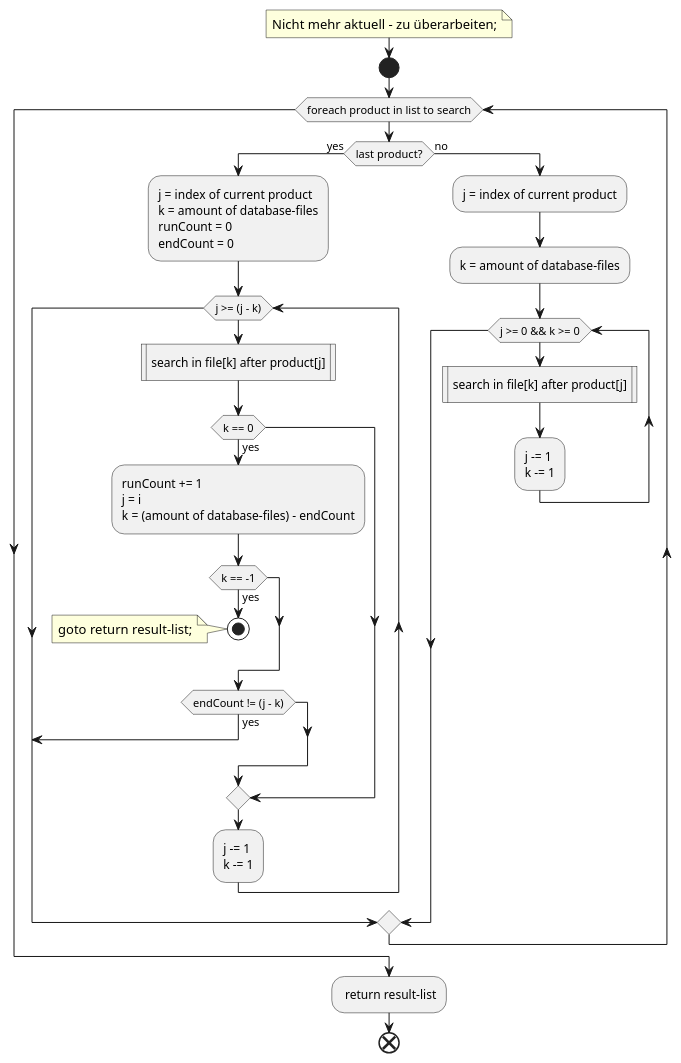
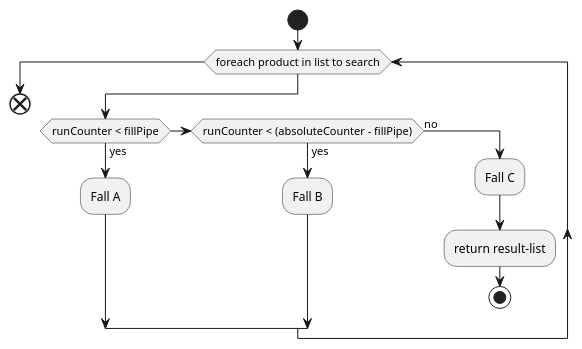
The diagram in documentation/pap/simultaniusSearchDb.puml (KnYL3R/AmIVulnerable), drawn with PlantUML before and after one commit. The commit also changed other lines of this file and 4 other files, not shown here.

```diff
--- a/documentation/pap/simultaniusSearchDb.puml
+++ b/documentation/pap/simultaniusSearchDb.puml
@@ -1,43 +1,17 @@
 @startuml "Simultanius search on LiteDb-Files"
 
-    note left: Nicht mehr aktuell - zu überarbeiten;
     start
-    while (foreach product in list to search) 
-        if (last product?) then (yes)
-            :j = index of current product
-            k = amount of database-files
-            runCount = 0
-            endCount = 0;
-            while (j >= (j - k))
-                :search in file[k] after product[j]|
-                if (k == 0) then (yes)
-                    :runCount += 1
-                    j = i
-                    k = (amount of database-files) - endCount;
-                    if (k == -1) then (yes)
-                        stop
-                        note left: goto return result-list;
-                    endif
-                    if (endCount != (j - k)) then (yes)
-                        break
-                    endif
-                endif
-                :j -= 1
-                k -= 1;
-            endwhile
+    while (foreach product in list to search)
+        if (runCounter < fillPipe) then (yes)
+            :Fall A;
+        elseif (runCounter < (absoluteCounter - fillPipe)) then (yes)
+            :Fall B;
         else (no)
-            :j = index of current product;
-            :k = amount of database-files;
-            while (j >= 0 && k >= 0)
-                ' fork
-                :search in file[k] after product[j]|
-                :j -= 1
-                k -= 1;
-                ' end fork
-            endwhile
+            :Fall C;
+            :return result-list;
+            stop
         endif
     endwhile
-    : return result-list;
     end
 
 @enduml
```
